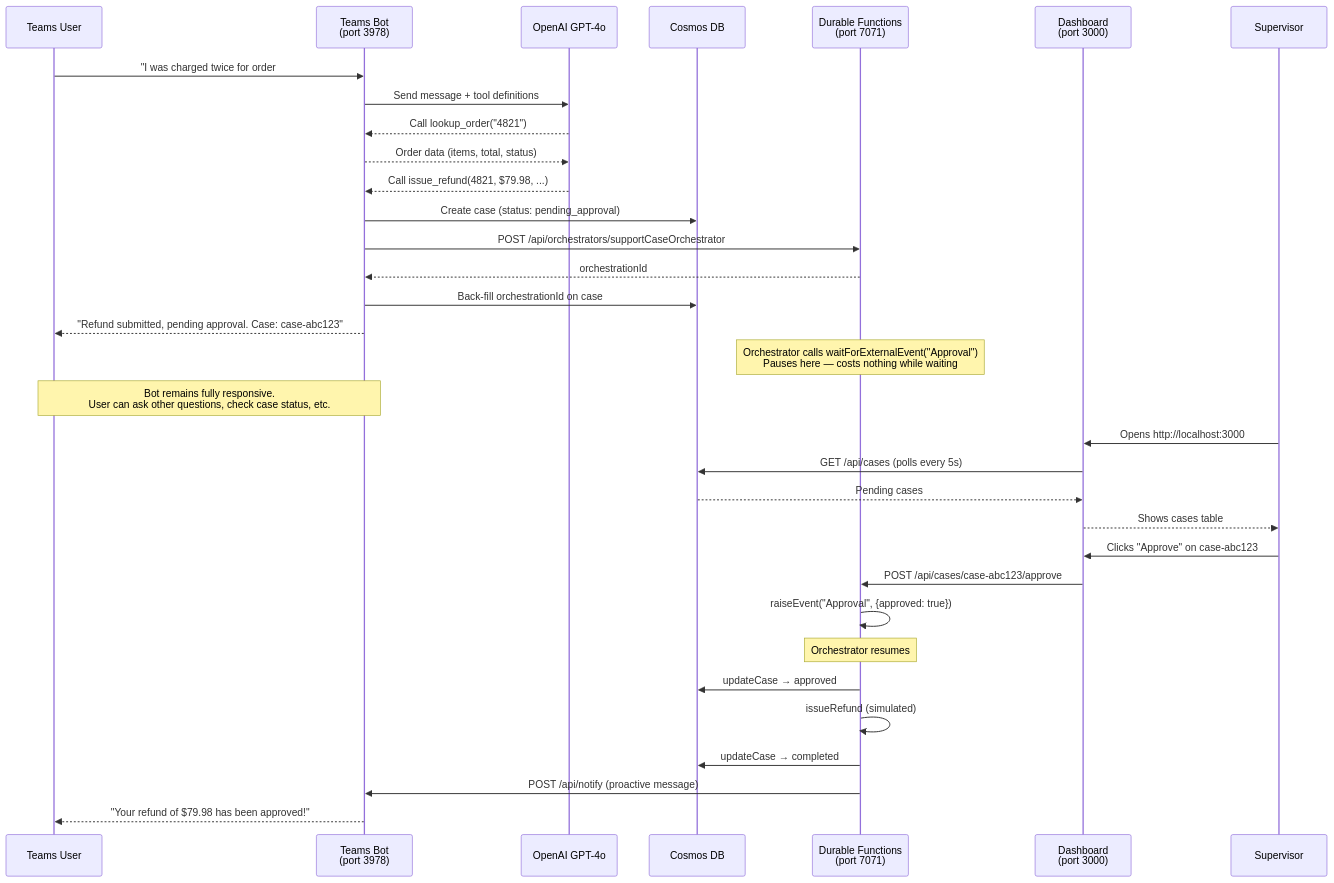
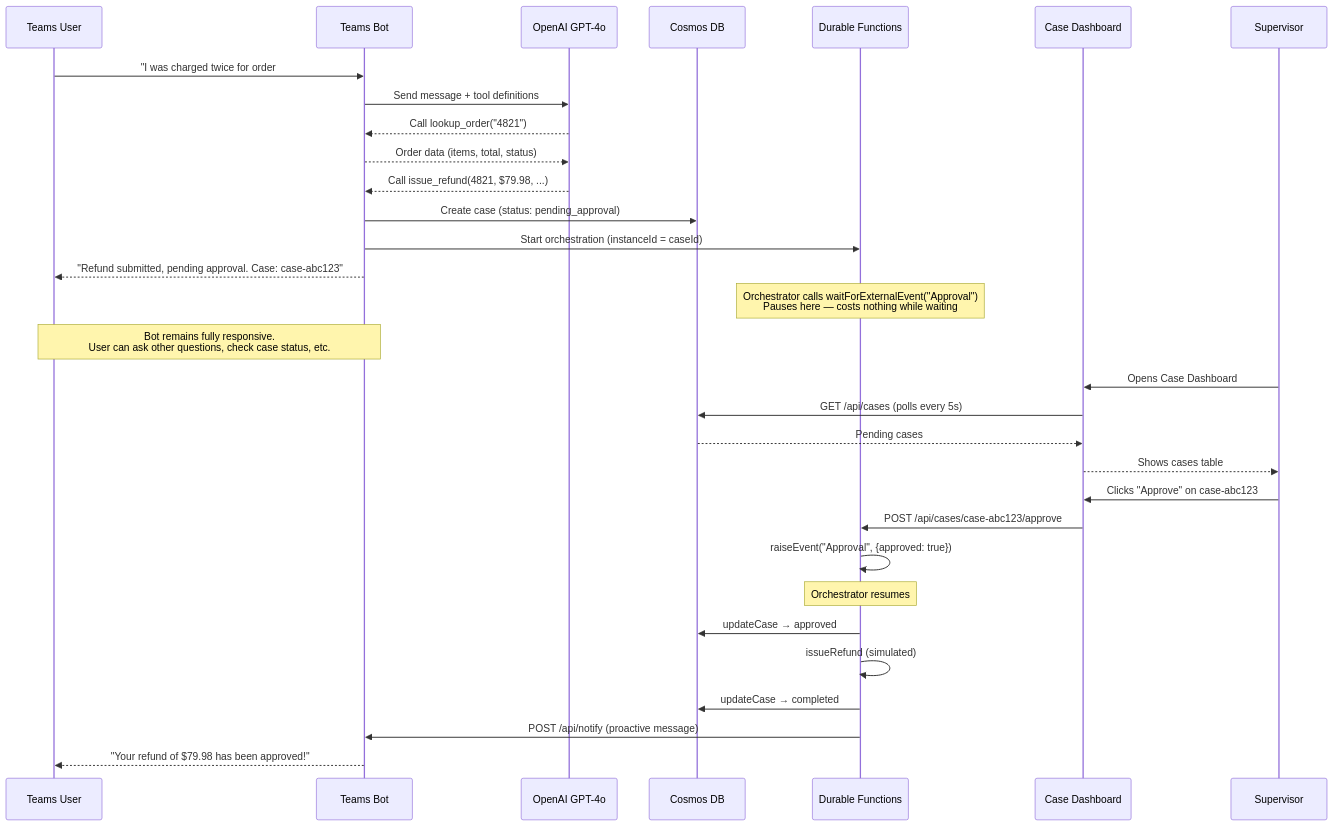
One commit to SidU/durable-support-agent changed the diagram in README.md. Above: the diagram before and after it, drawn with Mermaid. The commit also changed other lines of this file and 21 other files, not shown here.

First line of the commit message:
Fix review findings: orchestrator bug, Cosmos singleton, input validation, DRY

````diff
--- a/README.md
+++ b/README.md
@@ -17,41 +22,39 @@
 ```mermaid
 sequenceDiagram
     participant User as Teams User
-    participant Bot as Teams Bot<br/>(port 3978)
+    participant Bot as Teams Bot
     participant OpenAI as OpenAI GPT-4o
     participant Cosmos as Cosmos DB
-    participant DF as Durable Functions<br/>(port 7071)
-    participant Dash as Dashboard<br/>(port 3000)
+    participant DF as Durable Functions
+    participant Dash as Case Dashboard
     participant Sup as Supervisor
 
     User->>Bot: "I was charged twice for order #4821"
     Bot->>OpenAI: Send message + tool definitions
     OpenAI-->>Bot: Call lookup_order("4821")
     Bot-->>OpenAI: Order data (items, total, status)
     OpenAI-->>Bot: Call issue_refund(4821, $79.98, ...)
     Bot->>Cosmos: Create case (status: pending_approval)
-    Bot->>DF: POST /api/orchestrators/supportCaseOrchestrator
-    DF-->>Bot: orchestrationId
-    Bot->>Cosmos: Back-fill orchestrationId on case
+    Bot->>DF: Start orchestration (instanceId = caseId)
     Bot-->>User: "Refund submitted, pending approval. Case: case-abc123"
 
     Note over DF: Orchestrator calls waitForExternalEvent("Approval")<br/>Pauses here — costs nothing while waiting
 
     Note over User,Bot: Bot remains fully responsive.<br/>User can ask other questions, check case status, etc.
 
-    Sup->>Dash: Opens http://localhost:3000
+    Sup->>Dash: Opens Case Dashboard
     Dash->>Cosmos: GET /api/cases (polls every 5s)
     Cosmos-->>Dash: Pending cases
     Dash-->>Sup: Shows cases table
     Sup->>Dash: Clicks "Approve" on case-abc123
     Dash->>DF: POST /api/cases/case-abc123/approve
     DF->>DF: raiseEvent("Approval", {approved: true})
 
     Note over DF: Orchestrator resumes
 
     DF->>Cosmos: updateCase → approved
     DF->>DF: issueRefund (simulated)
     DF->>Cosmos: updateCase → completed
     DF->>Bot: POST /api/notify (proactive message)
     Bot-->>User: "Your refund of $79.98 has been approved!"
 ```
````
